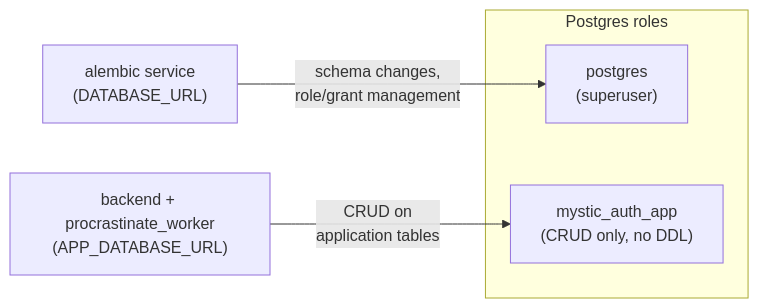
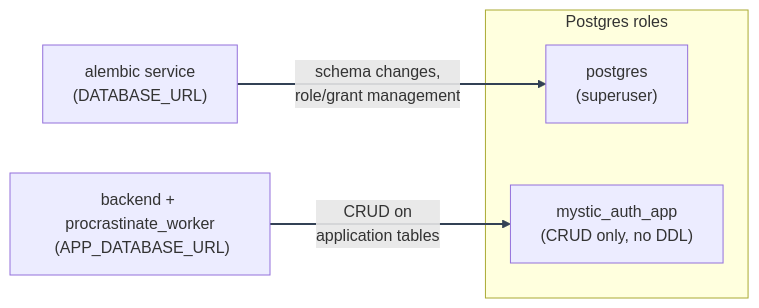
Before and after one commit to Nachiket-2024/mystic-auth: the second of 2 diagrams in docs/mystic_auth/database/design.md, drawn with Mermaid. The commit also changed other lines of this file and 630 other files, not shown here.

````diff
--- a/docs/mystic_auth/database/design.md
+++ b/docs/mystic_auth/database/design.md
@@ -139,11 +178,12 @@
 ```mermaid
-%%{init: {"flowchart": {"fontSize": 18}} }%%
+%%{init: {"flowchart": {"fontSize": 18}, "themeVariables": {"lineColor": "#334155"}} }%%
 flowchart LR
     subgraph Roles["Postgres roles"]
-        superuser["postgres<br/>(superuser)"]
-        approle["mystic_auth_app<br/>(CRUD only, no DDL)"]
+        superuser["postgres<br/> (superuser)"]
+        approle["mystic_auth_app<br/> (CRUD only, no DDL)"]
     end
 
-    alembic["alembic service<br/>(DATABASE_URL)"] -->|schema changes,<br/>role/grant management| superuser
-    backend["backend + procrastinate_worker<br/>(APP_DATABASE_URL)"] -->|CRUD on<br/>application tables| approle
+    alembic["alembic service<br/> (DATABASE_URL)"] -->|schema changes,<br/> role/grant management| superuser
+    backend["backend + procrastinate_worker<br/> (APP_DATABASE_URL)"] -->|CRUD on<br/> application tables| approle
+    linkStyle default stroke:#334155,stroke-width:2px
 ```
````
